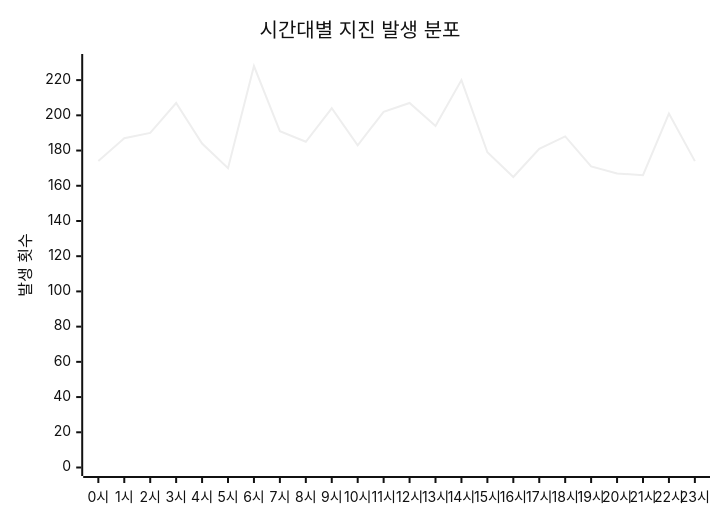
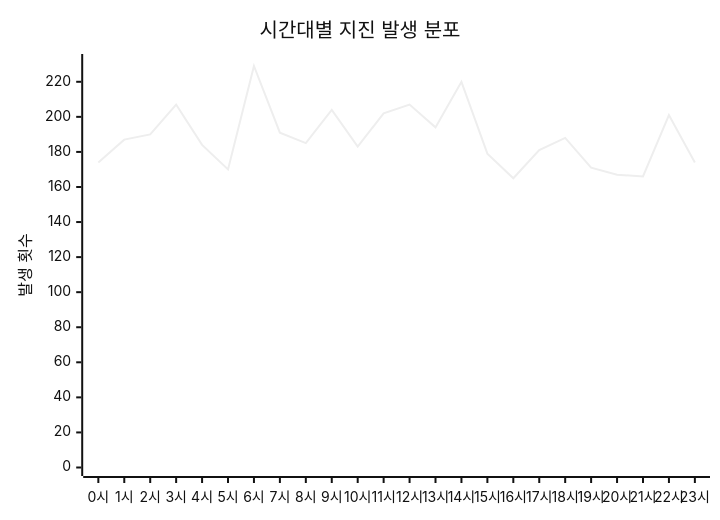
The diagram in charts/time-chart.md (serendip811/japan-eq), drawn with Mermaid (neutral theme) before and after one commit. The commit also changed other lines of this file and 5 other files, not shown here.

Commit message:
Update earthquake data and charts Fri Jul 10 08:18:42 UTC 2026

````diff
--- a/charts/time-chart.md
+++ b/charts/time-chart.md
@@ -3,7 +3,7 @@
 ```mermaid
 xychart-beta
     title "시간대별 지진 발생 분포"
     x-axis ["0시", "1시", "2시", "3시", "4시", "5시", "6시", "7시", "8시", "9시", "10시", "11시", "12시", "13시", "14시", "15시", "16시", "17시", "18시", "19시", "20시", "21시", "22시", "23시"]
-    y-axis "발생 횟수" 0 --> 230
-    line [174, 187, 190, 207, 184, 170, 228, 191, 185, 204, 183, 202, 207, 194, 220, 179, 165, 181, 188, 171, 167, 166, 201, 174]
+    y-axis "발생 횟수" 0 --> 231
+    line [174, 187, 190, 207, 184, 170, 229, 191, 185, 204, 183, 202, 207, 194, 220, 179, 165, 181, 188, 171, 167, 166, 201, 174]
 ```
````
